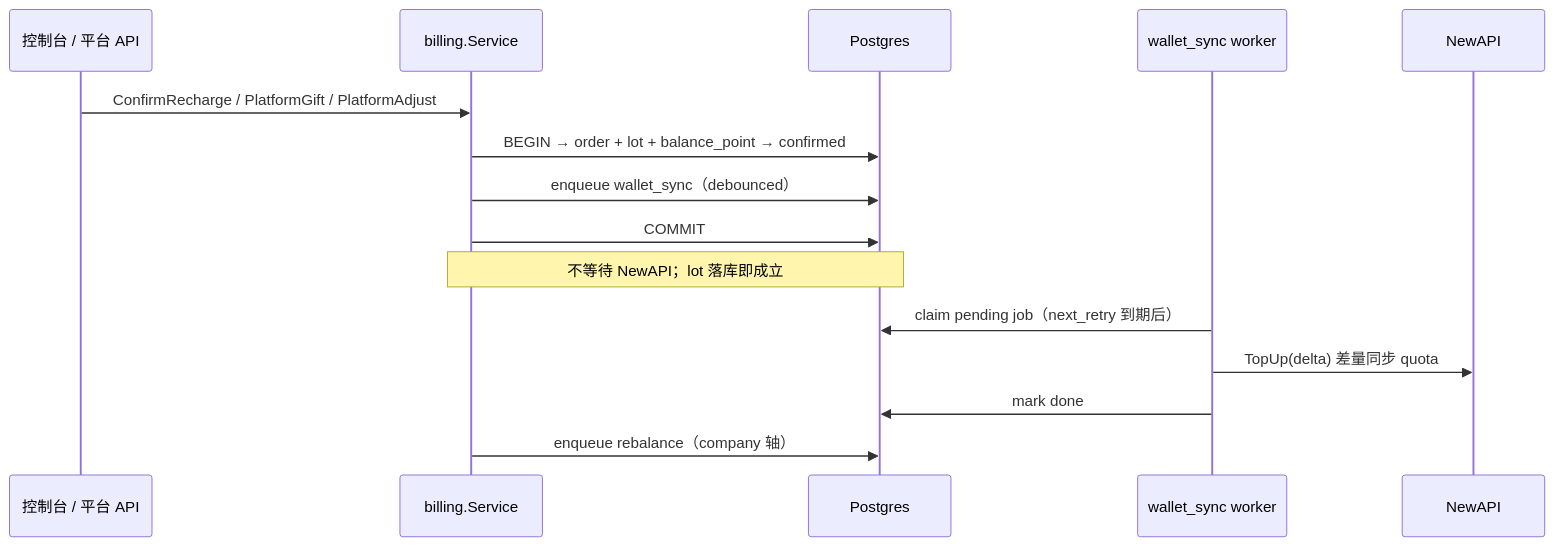
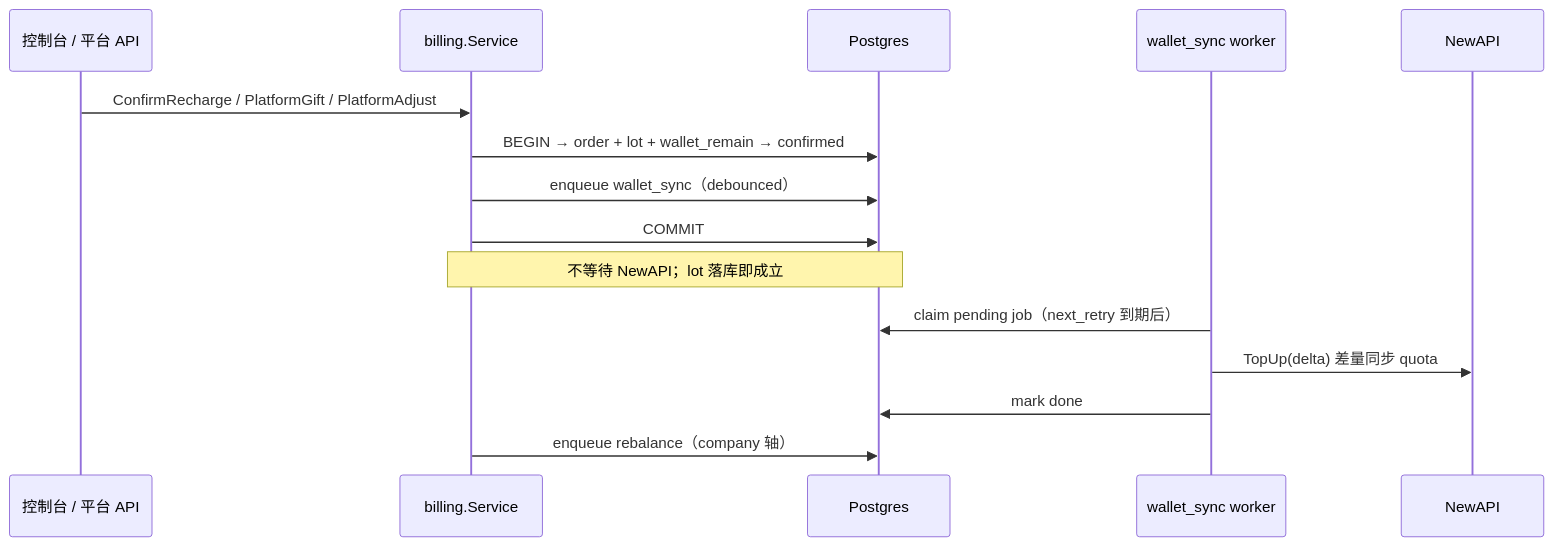
Before and after one commit to quyip8818/mytokenjoy: the fourth of 7 diagrams in docs/Backend-计费模式.md, drawn with Mermaid. The commit also changed other lines of this file and 12 other files, not shown here.

````diff
--- a/docs/Backend-计费模式.md
+++ b/docs/Backend-计费模式.md
@@ -184,18 +186,18 @@
 ```mermaid
 sequenceDiagram
     participant UI as 控制台 / 平台 API
     participant B as billing.Service
     participant PG as Postgres
     participant W as wallet_sync worker
     participant NA as NewAPI
 
     UI->>B: ConfirmRecharge / PlatformGift / PlatformAdjust
-    B->>PG: BEGIN → order + lot + balance_point → confirmed
+    B->>PG: BEGIN → order + lot + wallet_remain → confirmed
     B->>PG: enqueue wallet_sync（debounced）
     B->>PG: COMMIT
     Note over B,PG: 不等待 NewAPI；lot 落库即成立
     W->>PG: claim pending job（next_retry 到期后）
     W->>NA: TopUp(delta) 差量同步 quota
     W->>PG: mark done
     B->>PG: enqueue rebalance（company 轴）
 ```
````
